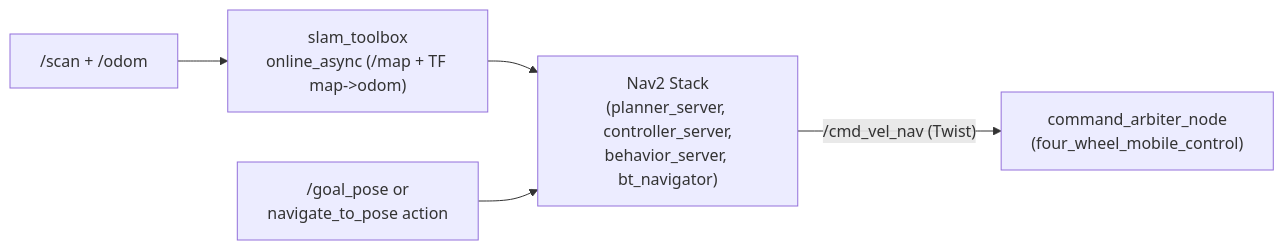
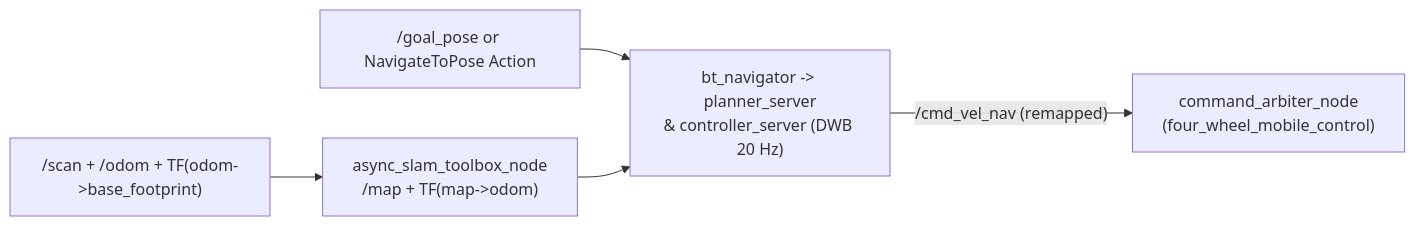
The diagram in src/four_wheel_navigation/README.md (dkworks108/4ws_robot), drawn with Mermaid before and after one commit. The commit also changed other lines of this file and 20 other files, not shown here.

````diff
--- a/src/four_wheel_navigation/README.md
+++ b/src/four_wheel_navigation/README.md
@@ -15,7 +25,7 @@
 ```mermaid
 flowchart LR
-    Scan["/scan + /odom"] --> SLAM["slam_toolbox\nonline_async (/map + TF map->odom)"]
-    SLAM --> Nav2["Nav2 Stack\n(planner_server, controller_server,\nbehavior_server, bt_navigator)"]
-    Goal["/goal_pose or\nnavigate_to_pose action"] --> Nav2
-    Nav2 -->|"/cmd_vel_nav (Twist)"| Arbiter["command_arbiter_node\n(four_wheel_mobile_control)"]
+    Inputs["/scan + /odom + TF(odom->base_footprint)"] --> SLAM["async_slam_toolbox_node\n/map + TF(map->odom)"]
+    Goal["/goal_pose or NavigateToPose Action"] --> Nav2["bt_navigator -> planner_server\n& controller_server (DWB 20 Hz)"]
+    SLAM --> Nav2
+    Nav2 -->|"/cmd_vel_nav (remapped)"| Arbiter["command_arbiter_node\n(four_wheel_mobile_control)"]
 ```
````
